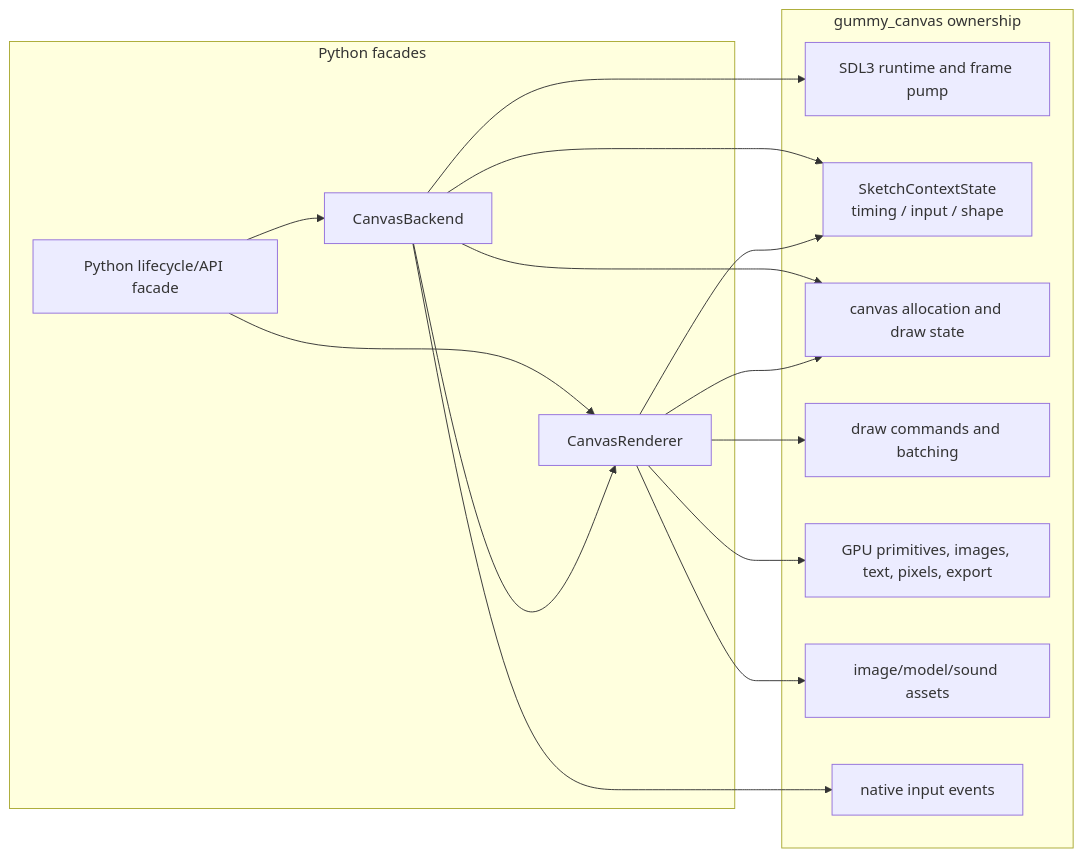
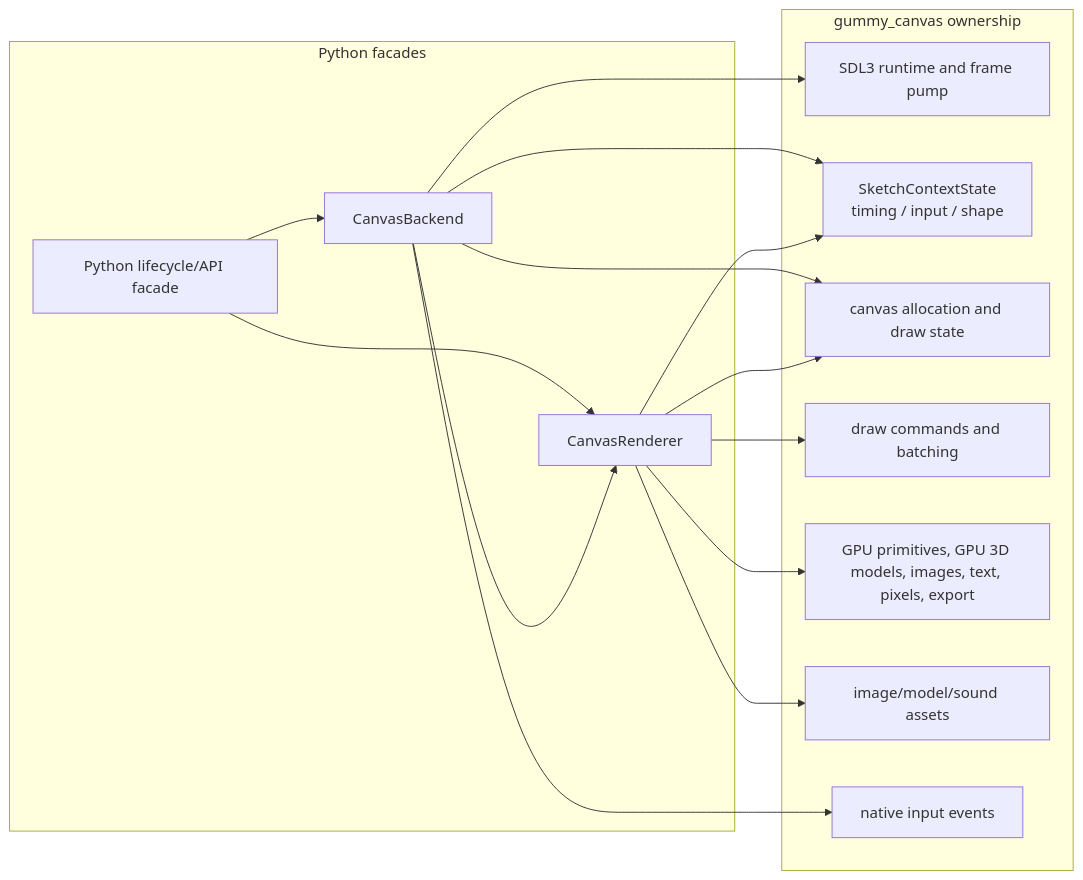
One commit to JonathanHHenson/gummy_snake changed the first of 2 diagrams in docs/contribute/backend_renderer.md. Above: the diagram before and after it, drawn with Mermaid. The commit also changed other lines of this file and 22 other files, not shown here.

````diff
--- a/docs/contribute/backend_renderer.md
+++ b/docs/contribute/backend_renderer.md
@@ -6,31 +6,31 @@
 ```mermaid
 flowchart LR
     subgraph Python["Python facades"]
         ApiFacade[Python lifecycle/API facade]
         Backend[CanvasBackend]
         Renderer[CanvasRenderer]
     end
 
     subgraph Rust["gummy_canvas ownership"]
         Runtime[SDL3 runtime and frame pump]
         ContextState[SketchContextState<br/>timing / input / shape]
         Canvas[canvas allocation and draw state]
         Commands[draw commands and batching]
-        Drawing[GPU primitives, images, text, pixels, export]
+        Drawing[GPU primitives, GPU 3D models, images, text, pixels, export]
         Assets[image/model/sound assets]
         Events[native input events]
     end
 
     ApiFacade --> Backend
     ApiFacade --> Renderer
     Backend --> Renderer
     Backend --> Runtime
     Backend --> Events
     Backend --> ContextState
     Backend --> Canvas
     Renderer --> ContextState
     Renderer --> Canvas
     Renderer --> Commands
     Renderer --> Drawing
     Renderer --> Assets
 ```
````
